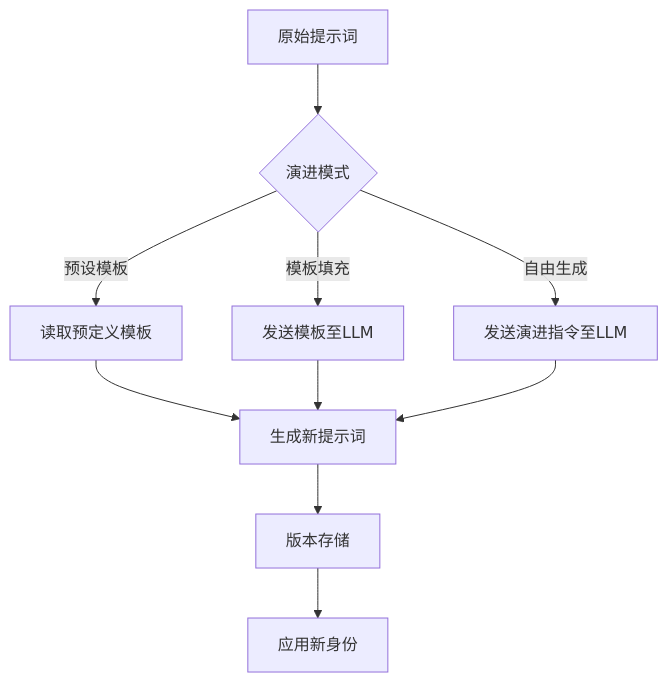
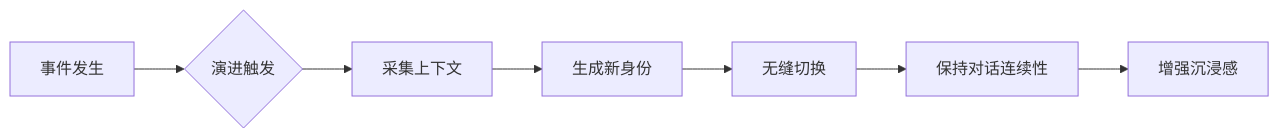
The diagram in 需求文档.md (Rail1bc/astrbot_plugin_chameleon), drawn with Mermaid before and after one commit. The commit also changed other lines of this file and 6 other files, not shown here.

````diff
--- a/需求文档.md
+++ b/需求文档.md
@@ -42,12 +53,9 @@
 ```mermaid
-graph TD
-    A[原始提示词] --> B{演进模式}
-    B -->|预设模板| C[读取预定义模板]
-    B -->|模板填充| D[发送模板至LLM]
-    B -->|自由生成| E[发送演进指令至LLM]
-    C --> F[生成新提示词]
-    D --> F
-    E --> F
-    F --> G[版本存储]
-    G --> H[应用新身份]
+graph LR
+    A[事件发生] --> B{演进触发}
+    B --> C[采集上下文]
+    C --> D[生成新身份]
+    D --> E[无缝切换]
+    E --> F[保持对话连续性]
+    F --> G[增强沉浸感]
 ```
````
